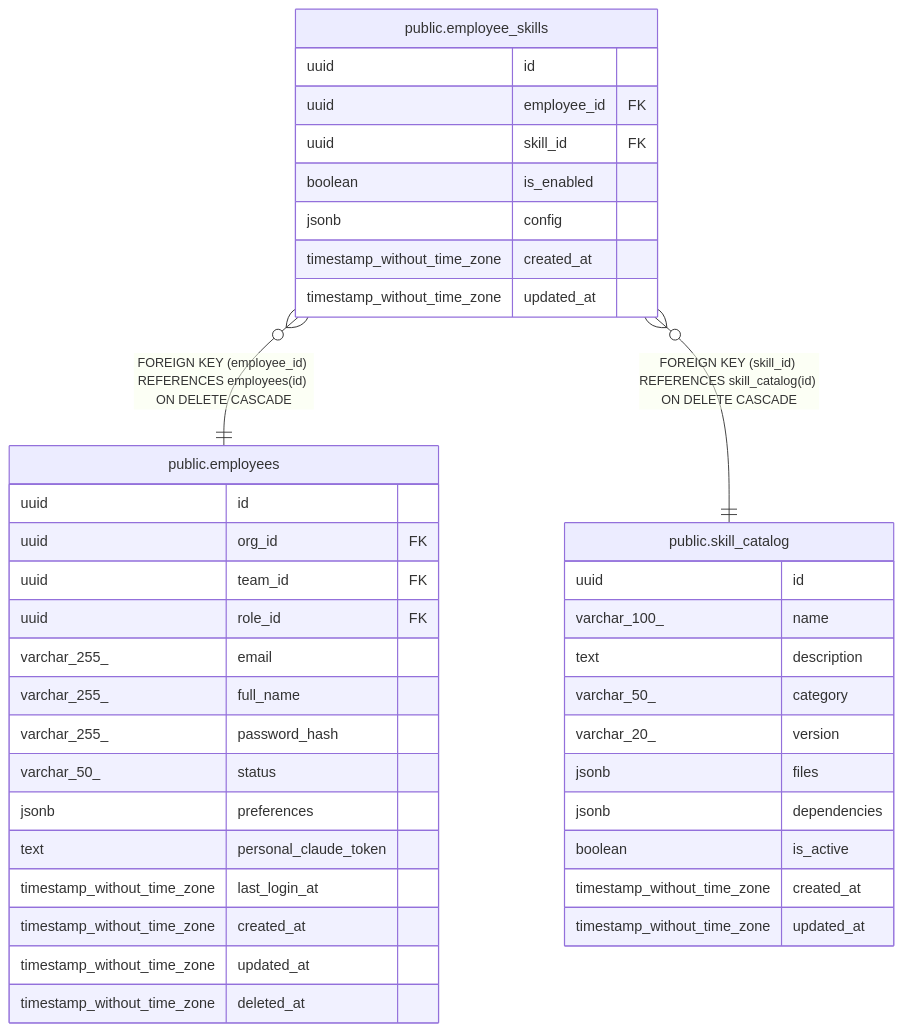
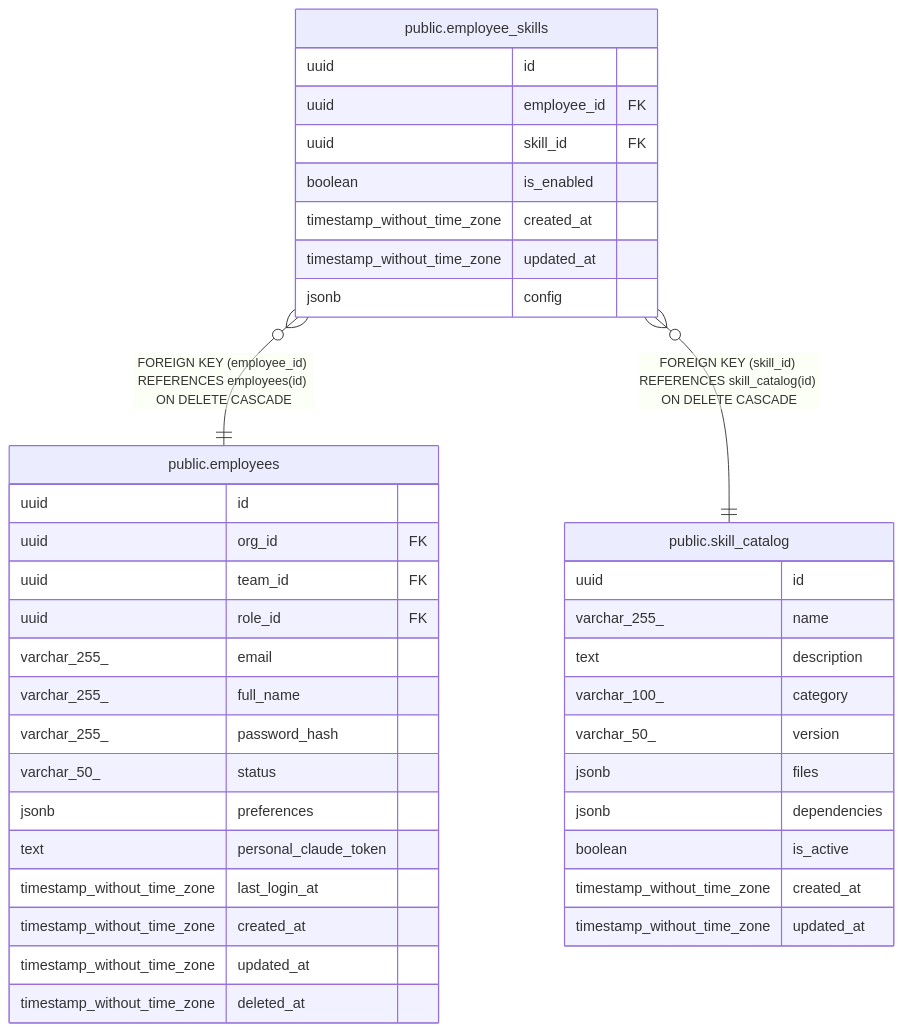
The diagram in docs/public.employee_skills.md (rastrigin-systems/arfa), drawn with Mermaid before and after one commit. The commit also changed other lines of this file and 25 other files, not shown here.

````diff
--- a/docs/public.employee_skills.md
+++ b/docs/public.employee_skills.md
@@ -46,44 +35,44 @@
 ```mermaid
 erDiagram
 
 "public.employee_skills" }o--|| "public.employees" : "FOREIGN KEY (employee_id) REFERENCES employees(id) ON DELETE CASCADE"
 "public.employee_skills" }o--|| "public.skill_catalog" : "FOREIGN KEY (skill_id) REFERENCES skill_catalog(id) ON DELETE CASCADE"
 
 "public.employee_skills" {
   uuid id
   uuid employee_id FK
   uuid skill_id FK
   boolean is_enabled
-  jsonb config
   timestamp_without_time_zone created_at
   timestamp_without_time_zone updated_at
+  jsonb config
 }
 "public.employees" {
   uuid id
   uuid org_id FK
   uuid team_id FK
   uuid role_id FK
   varchar_255_ email
   varchar_255_ full_name
   varchar_255_ password_hash
   varchar_50_ status
   jsonb preferences
   text personal_claude_token
   timestamp_without_time_zone last_login_at
   timestamp_without_time_zone created_at
   timestamp_without_time_zone updated_at
   timestamp_without_time_zone deleted_at
 }
 "public.skill_catalog" {
   uuid id
-  varchar_100_ name
+  varchar_255_ name
   text description
-  varchar_50_ category
-  varchar_20_ version
+  varchar_100_ category
+  varchar_50_ version
   jsonb files
   jsonb dependencies
   boolean is_active
   timestamp_without_time_zone created_at
   timestamp_without_time_zone updated_at
 }
 ```
````
